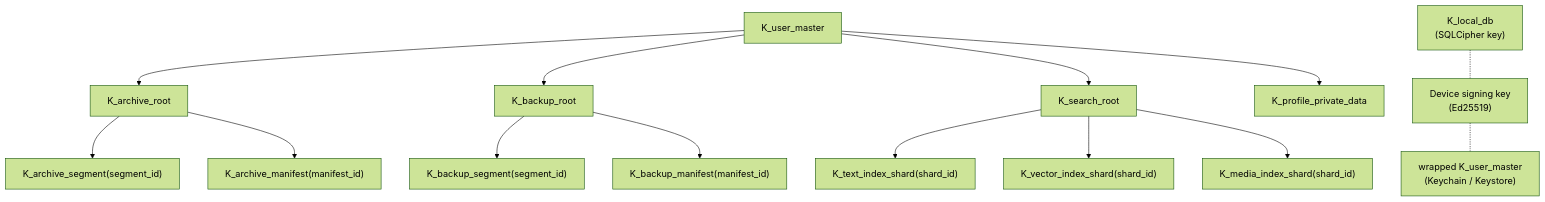
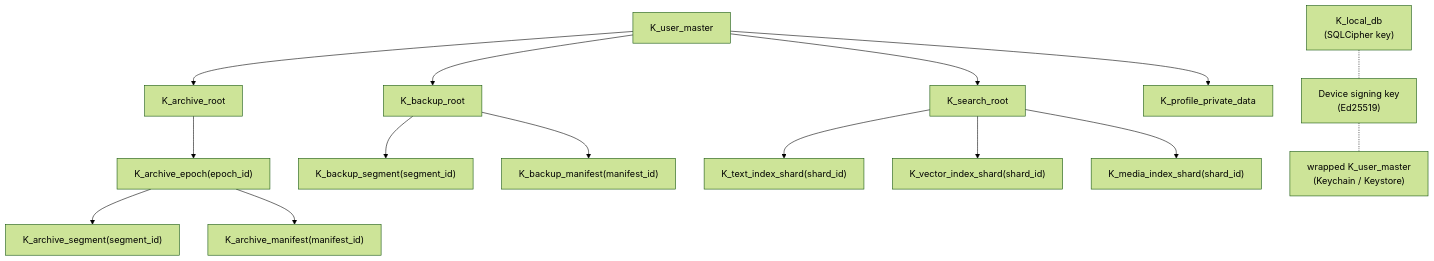
Before and after one commit to kennguy3n/chat-storage-search: the tenth of 30 diagrams in docs/ARCHITECTURE.md, drawn with Mermaid (forest theme). The commit also changed other lines of this file and 4 other files, not shown here.

First line of the commit message:
docs: epoch-rotated archive keys + ZKOF archive backend + batch-by-bucket prefetch

````diff
--- a/docs/ARCHITECTURE.md
+++ b/docs/ARCHITECTURE.md
@@ -707,34 +707,36 @@
 ```mermaid
 flowchart TD
     UM["K_user_master"]
     AR["K_archive_root"]
+    AE["K_archive_epoch(epoch_id)"]
     BR["K_backup_root"]
     SR["K_search_root"]
     PR["K_profile_private_data"]
 
     AS["K_archive_segment(segment_id)"]
     AM["K_archive_manifest(manifest_id)"]
     BS["K_backup_segment(segment_id)"]
     BM["K_backup_manifest(manifest_id)"]
     TS["K_text_index_shard(shard_id)"]
     VS["K_vector_index_shard(shard_id)"]
     MS["K_media_index_shard(shard_id)"]
 
     UM --> AR
     UM --> BR
     UM --> SR
     UM --> PR
-    AR --> AS
-    AR --> AM
+    AR --> AE
+    AE --> AS
+    AE --> AM
     BR --> BS
     BR --> BM
     SR --> TS
     SR --> VS
     SR --> MS
 
     LDB["K_local_db<br/>(SQLCipher key)"]
     DSK["Device signing key<br/>(Ed25519)"]
     UM_W["wrapped K_user_master<br/>(Keychain / Keystore)"]
 
     LDB -.- DSK -.- UM_W
 ```
````
